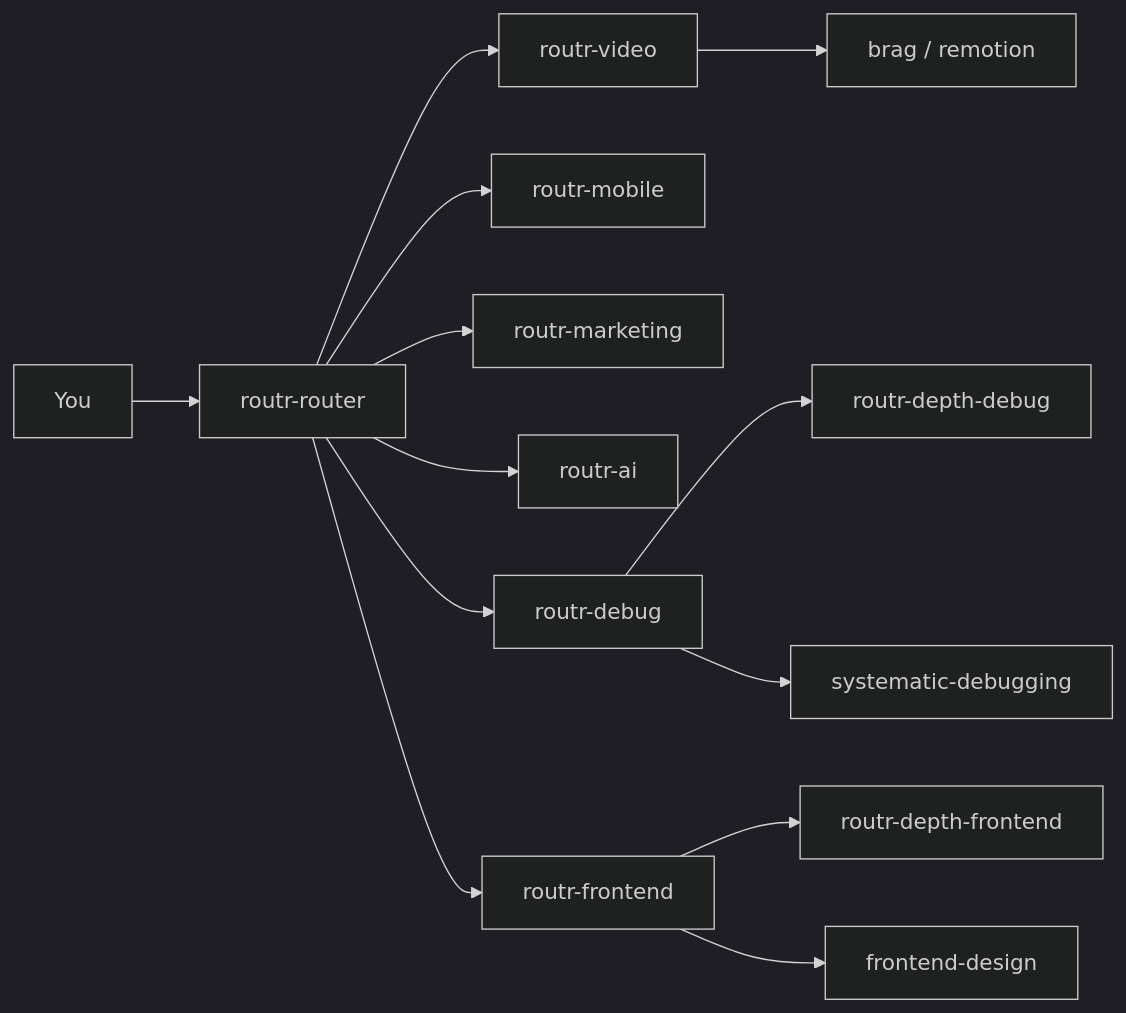
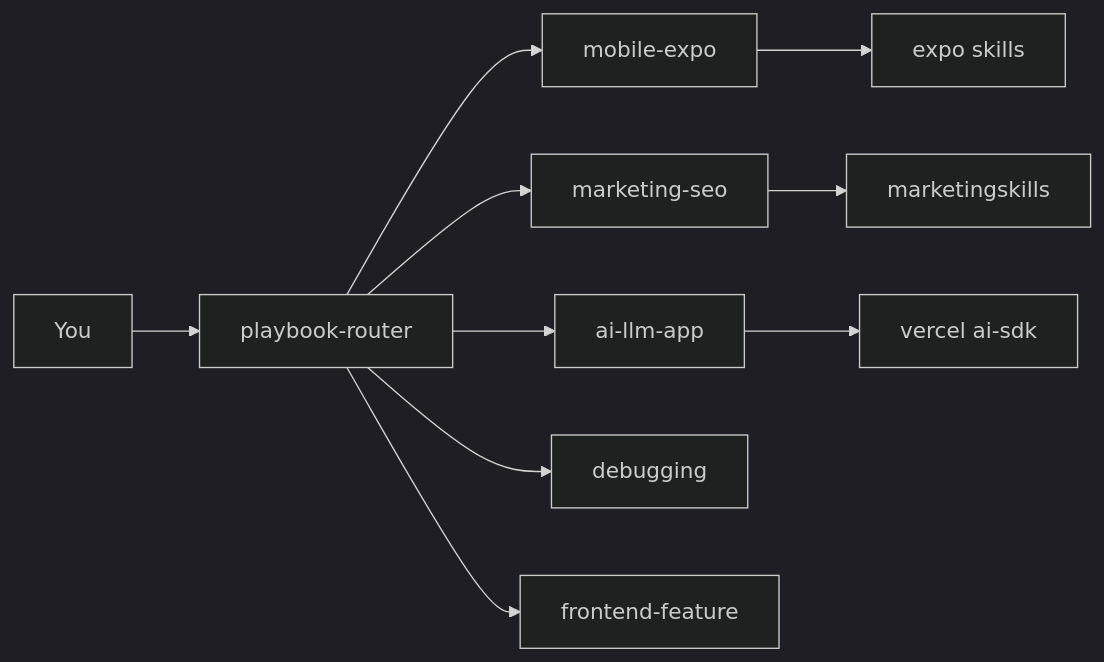
The diagram in README.md (TeckTinkerere/ROUTR), drawn with Mermaid (dark theme) before and after one commit. The commit also changed other lines of this file, not shown here.

````diff
--- a/README.md
+++ b/README.md
@@ -179,15 +170,12 @@
 ```mermaid
 flowchart LR
-    U[You] --> R[routr-router]
-    R --> V[routr-video]
-    R --> M[routr-mobile]
-    R --> K[routr-marketing]
-    R --> A[routr-ai]
-    R --> D[routr-debug]
-    R --> F[routr-frontend]
-    D --> FD[routr-depth-debug]
-    F --> FF[routr-depth-frontend]
-    V --> S4[brag / remotion]
-    D --> S1[systematic-debugging]
-    F --> S2[frontend-design]
+    U[You] --> R[playbook-router]
+    R --> M[mobile-expo]
+    R --> K[marketing-seo]
+    R --> A[ai-llm-app]
+    R --> D[debugging]
+    R --> F[frontend-feature]
+    M --> S1[expo skills]
+    K --> S2[marketingskills]
+    A --> S3[vercel ai-sdk]
 ```
````
